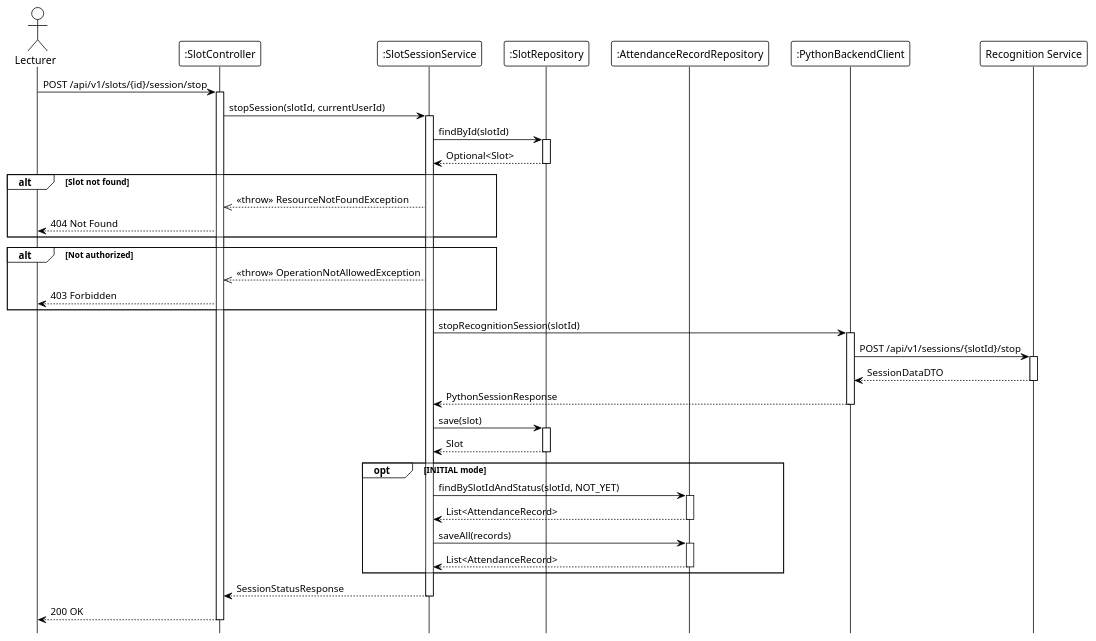
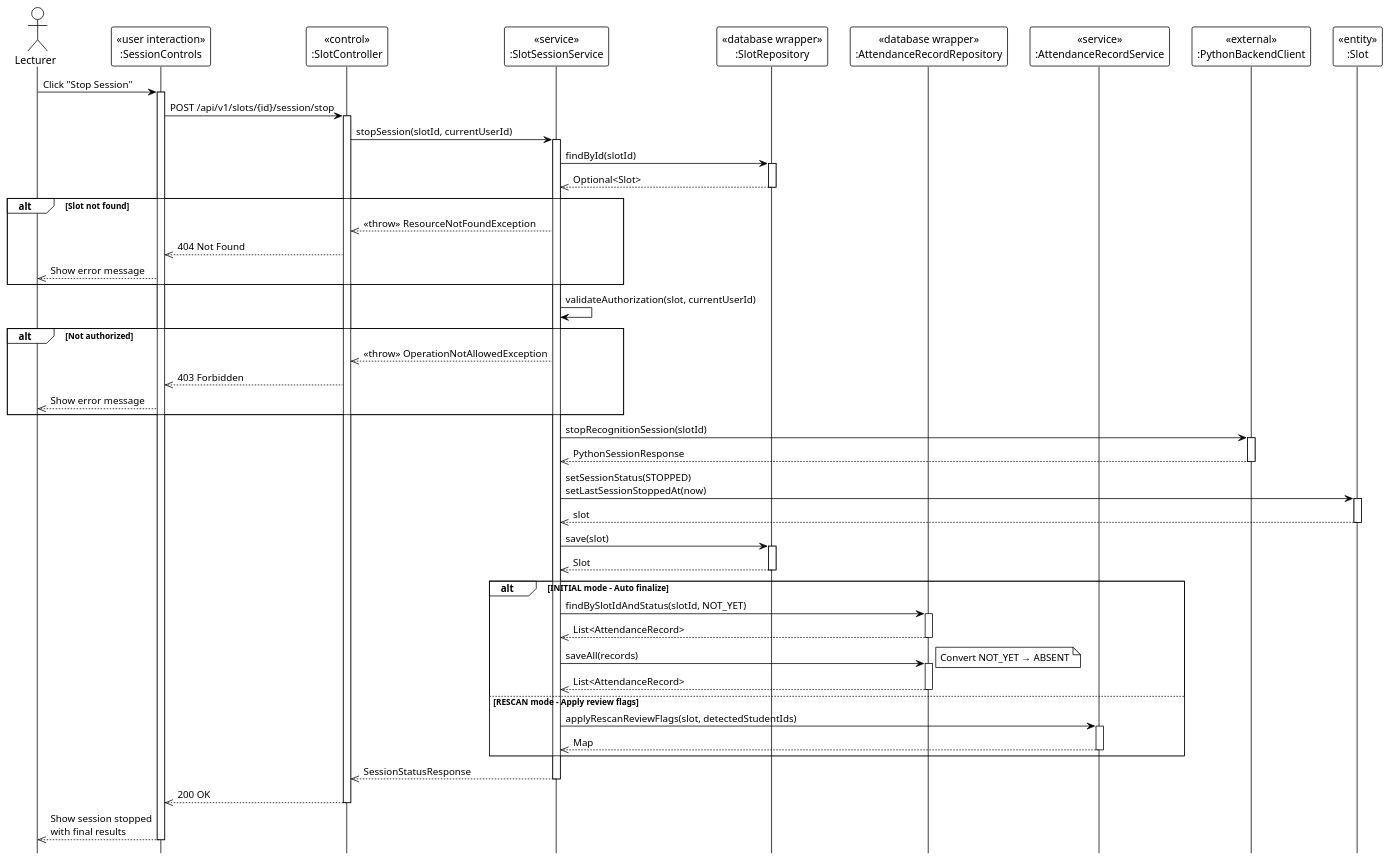
Before and after one commit to Ndh474/context: the diagram in system_detailed_design/81_stop_class_scanning_session/sequence_diagram_stop_class_scanning_session.puml, drawn with PlantUML. The commit also changed 13 other files, not shown here.

Commit message:
docs(system_detailed_design): add UML stereotypes to view and scanning sequence diagrams

```diff
--- a/system_detailed_design/81_stop_class_scanning_session/sequence_diagram_stop_class_scanning_session.puml
+++ b/system_detailed_design/81_stop_class_scanning_session/sequence_diagram_stop_class_scanning_session.puml
@@ -1,80 +1,92 @@
 @startuml stop_class_scanning_session
 !theme plain
 hide footbox
 
-actor Lecturer
-participant ":SlotController" as Controller
-participant ":SlotSessionService" as Service
-participant ":SlotRepository" as SlotRepo
-participant ":AttendanceRecordRepository" as AttendanceRepo
-participant ":PythonBackendClient" as PythonClient
-participant "Recognition Service" as RecognitionService
+actor "Lecturer" as Lecturer
 
-' --- MAIN FLOW ---
-Lecturer -> Controller: POST /api/v1/slots/{id}/session/stop
+participant "«user interaction»\n:SessionControls" as UI
+participant "«control»\n:SlotController" as Controller
+participant "«service»\n:SlotSessionService" as Service
+participant "«database wrapper»\n:SlotRepository" as SlotRepo
+participant "«database wrapper»\n:AttendanceRecordRepository" as AttendanceRepo
+participant "«service»\n:AttendanceRecordService" as AttendanceService
+participant "«external»\n:PythonBackendClient" as PythonClient
+participant "«entity»\n:Slot" as Entity
+
+' === MAIN FLOW ===
+Lecturer -> UI: Click "Stop Session"
+activate UI
+
+UI -> Controller: POST /api/v1/slots/{id}/session/stop
 activate Controller
 
 Controller -> Service: stopSession(slotId, currentUserId)
 activate Service
 
+' === FIND SLOT ===
 Service -> SlotRepo: findById(slotId)
 activate SlotRepo
-
-SlotRepo --> Service: Optional<Slot>
+SlotRepo -->> Service: Optional<Slot>
 deactivate SlotRepo
 
 alt Slot not found
     Service -->> Controller: <<throw>> ResourceNotFoundException
-    Controller --> Lecturer: 404 Not Found
+    Controller -->> UI: 404 Not Found
+    UI -->> Lecturer: Show error message
 end
 
-' Validation logic (internal: authorization)
+' === VALIDATION ===
+Service -> Service: validateAuthorization(slot, currentUserId)
 
 alt Not authorized
     Service -->> Controller: <<throw>> OperationNotAllowedException
-    Controller --> Lecturer: 403 Forbidden
+    Controller -->> UI: 403 Forbidden
+    UI -->> Lecturer: Show error message
 end
 
-' Call Python to stop session
+' === CALL PYTHON TO STOP ===
 Service -> PythonClient: stopRecognitionSession(slotId)
 activate PythonClient
-
-PythonClient -> RecognitionService: POST /api/v1/sessions/{slotId}/stop
-activate RecognitionService
-
-RecognitionService --> PythonClient: SessionDataDTO
-deactivate RecognitionService
-
-PythonClient --> Service: PythonSessionResponse
+PythonClient -->> Service: PythonSessionResponse
 deactivate PythonClient
 
-' Update slot status
+' === UPDATE SLOT STATUS ===
+Service -> Entity: setSessionStatus(STOPPED)\nsetLastSessionStoppedAt(now)
+activate Entity
+Entity -->> Service: slot
+deactivate Entity
+
 Service -> SlotRepo: save(slot)
 activate SlotRepo
-
-SlotRepo --> Service: Slot
+SlotRepo -->> Service: Slot
 deactivate SlotRepo
 
-' Post-processing based on mode (internal: INITIAL → auto-finalize NOT_YET to ABSENT, RESCAN → apply review flags)
-
-opt INITIAL mode
+' === POST-PROCESSING ===
+alt INITIAL mode - Auto finalize
     Service -> AttendanceRepo: findBySlotIdAndStatus(slotId, NOT_YET)
     activate AttendanceRepo
-    
-    AttendanceRepo --> Service: List<AttendanceRecord>
+    AttendanceRepo -->> Service: List<AttendanceRecord>
     deactivate AttendanceRepo
-    
+
     Service -> AttendanceRepo: saveAll(records)
     activate AttendanceRepo
-    
-    AttendanceRepo --> Service: List<AttendanceRecord>
+    note right: Convert NOT_YET → ABSENT
+    AttendanceRepo -->> Service: List<AttendanceRecord>
     deactivate AttendanceRepo
+else RESCAN mode - Apply review flags
+    Service -> AttendanceService: applyRescanReviewFlags(slot, detectedStudentIds)
+    activate AttendanceService
+    AttendanceService -->> Service: Map
+    deactivate AttendanceService
 end
 
-Service --> Controller: SessionStatusResponse
+Service -->> Controller: SessionStatusResponse
 deactivate Service
 
-Controller --> Lecturer: 200 OK
+Controller -->> UI: 200 OK
 deactivate Controller
 
+UI -->> Lecturer: Show session stopped\nwith final results
+deactivate UI
+
 @enduml
```
